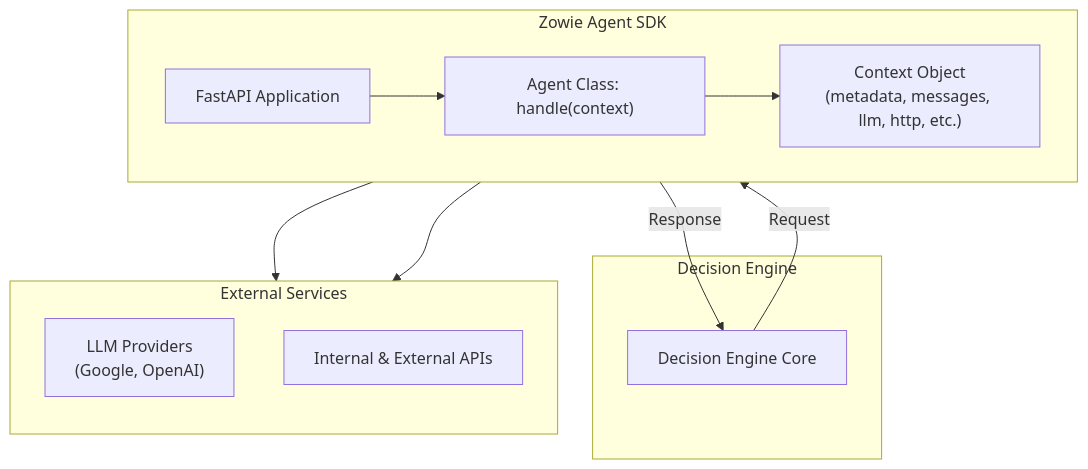
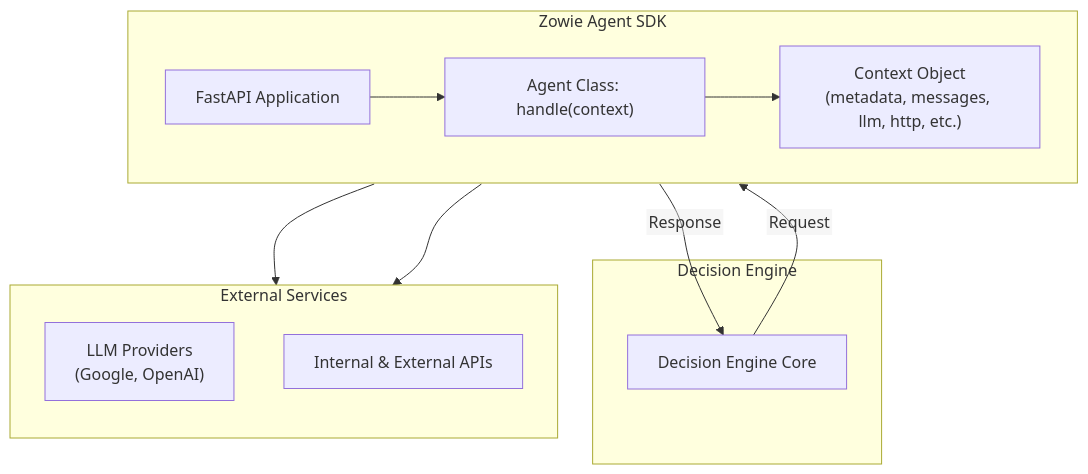
Before and after one commit to chatbotizeteam/zowie-agent-sdk-python: the diagram in README.md, drawn with Mermaid.

Commit message:
Add mermaid settings

````diff
--- a/README.md
+++ b/README.md
@@ -46,24 +46,26 @@
 ```mermaid
+%%{init: {"flowchart": {"htmlLabels": false}} }%%
+
 flowchart TD
     subgraph DecisionEngine [Decision Engine]
         DE_Core[Decision Engine Core]
     end
 
     subgraph AgentSDK [Zowie Agent SDK]
         direction LR
         FastAPI[FastAPI Application] --> AgentClass["Agent Class: handle(context)"]
         AgentClass --> Context["Context Object\n(metadata, messages, llm, http, etc.)"]
     end
 
     subgraph ExternalServices [External Services]
         direction TB
         LLM["LLM Providers\n(Google, OpenAI)"]
         HTTP[Internal & External APIs]
     end
 
     DE_Core -- Request --> FastAPI
     FastAPI -- Response --> DE_Core
 
     Context --> LLM
     Context --> HTTP
 ```
````
